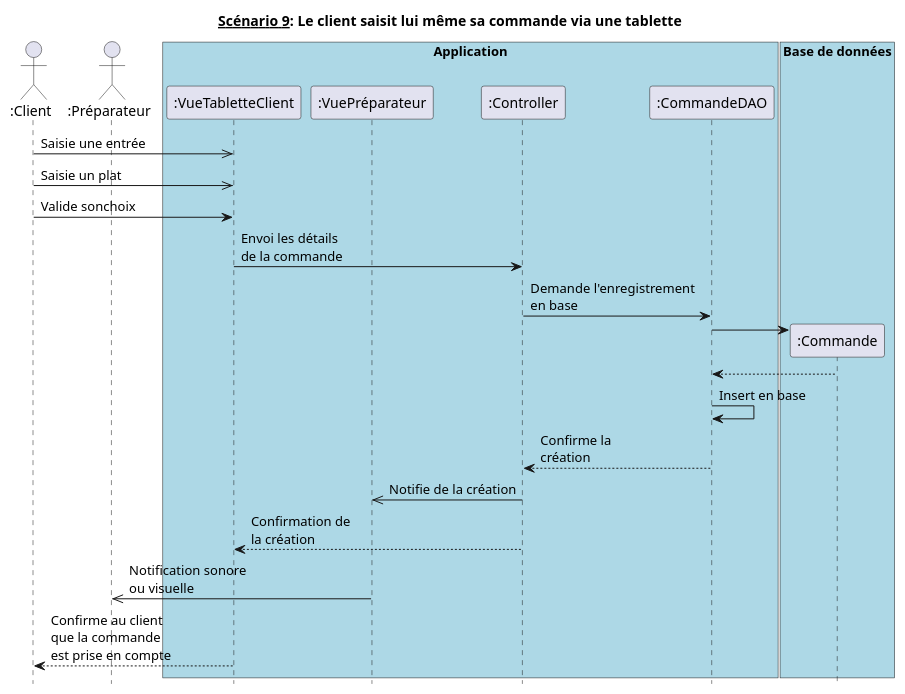
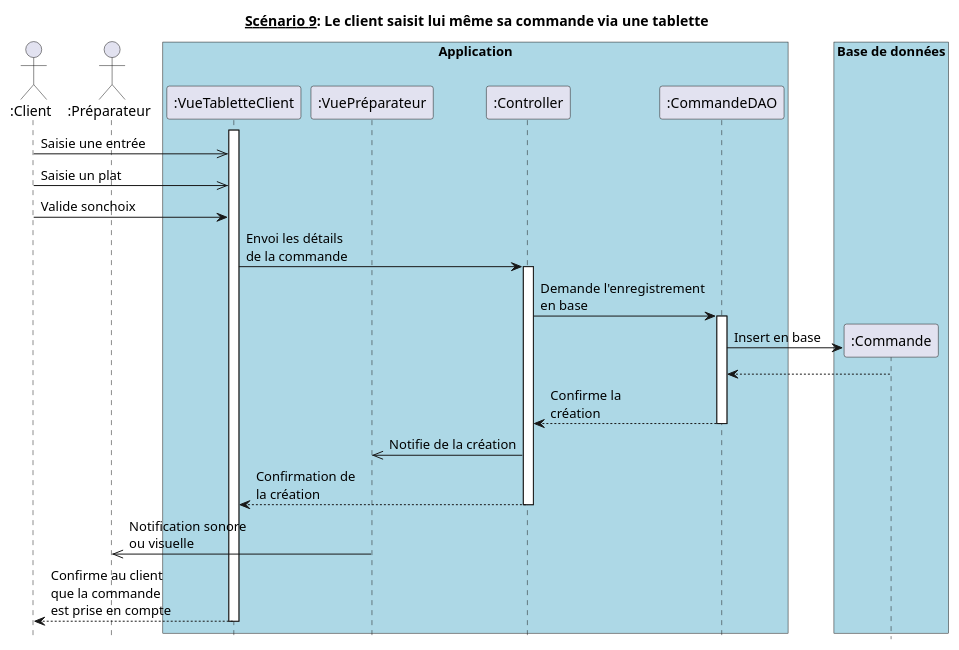
Before and after one commit to hulskenA/GL-Les_seigneurs_du_resto: the diagram in diagrammes_sequences_detailles/dss9.md, drawn with PlantUML. The commit also changed 15 other files, not shown here.

````diff
--- a/diagrammes_sequences_detailles/dss9.md
+++ b/diagrammes_sequences_detailles/dss9.md
@@ -1,43 +1,49 @@
 ```puml
 @startuml
 hide footbox
 title __Scénario 9__: Le client saisit lui même sa commande via une tablette
 
 
 actor ":Client" as Client order 10
 actor ":Préparateur" as Préparateur order 20
 
 box "Application" #Lightblue
     participant ":VueTabletteClient" as VueTabletteClient order 30
     participant ":VuePréparateur" as VuePréparateur order 40
     participant ":Controller" as Controller order 50
     participant ":CommandeDAO" as CommandeDAO order 60
 endbox
 
 box "Base de données" #Lightblue
   participant ":Commande" as Commande order 70
 endbox
 
+activate VueTabletteClient
+
 Client ->> VueTabletteClient : Saisie une entrée
 Client ->> VueTabletteClient : Saisie un plat
 Client -> VueTabletteClient : Valide sonchoix
 
 VueTabletteClient -> Controller : Envoi les détails\nde la commande
+activate Controller
 
 Controller -> CommandeDAO : Demande l'enregistrement\nen base
+activate CommandeDAO
 
 create Commande
-CommandeDAO -> Commande
+CommandeDAO -> Commande : Insert en base
 CommandeDAO <-- Commande
-CommandeDAO -> CommandeDAO : Insert en base
 CommandeDAO --> Controller : Confirme la\ncréation
+deactivate CommandeDAO
 
 Controller ->> VuePréparateur : Notifie de la création
 Controller --> VueTabletteClient : Confirmation de\nla création
+deactivate Controller
 
 VuePréparateur ->> Préparateur : Notification sonore\nou visuelle
 
 VueTabletteClient --> Client : Confirme au client\nque la commande\nest prise en compte
+deactivate VueTabletteClient
 
 @enduml
 ```
````
